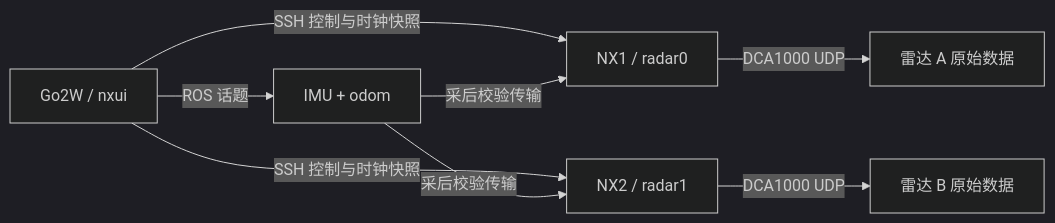
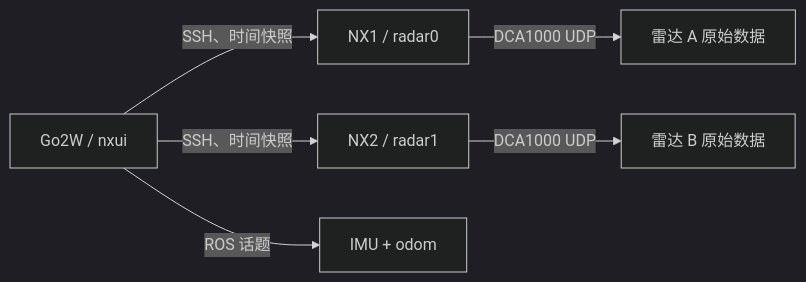
The diagram in README.md (Yincloudhub/Go2w_Radar_JointCapture), drawn with Mermaid (dark theme) before and after one commit. The commit also changed other lines of this file and 5 other files, not shown here.

````diff
--- a/README.md
+++ b/README.md
@@ -15,10 +17,8 @@
 ```mermaid
 flowchart LR
-    Dog[Go2W / nxui] -->|SSH 控制与时钟快照| A[NX1 / radar0]
-    Dog -->|SSH 控制与时钟快照| B[NX2 / radar1]
+    Dog[Go2W / nxui] -->|SSH、时间快照| A[NX1 / radar0]
+    Dog -->|SSH、时间快照| B[NX2 / radar1]
     A -->|DCA1000 UDP| RawA[雷达 A 原始数据]
     B -->|DCA1000 UDP| RawB[雷达 B 原始数据]
     Dog -->|ROS 话题| Telemetry[IMU + odom]
-    Telemetry -->|采后校验传输| A
-    Telemetry -->|采后校验传输| B
 ```
````
